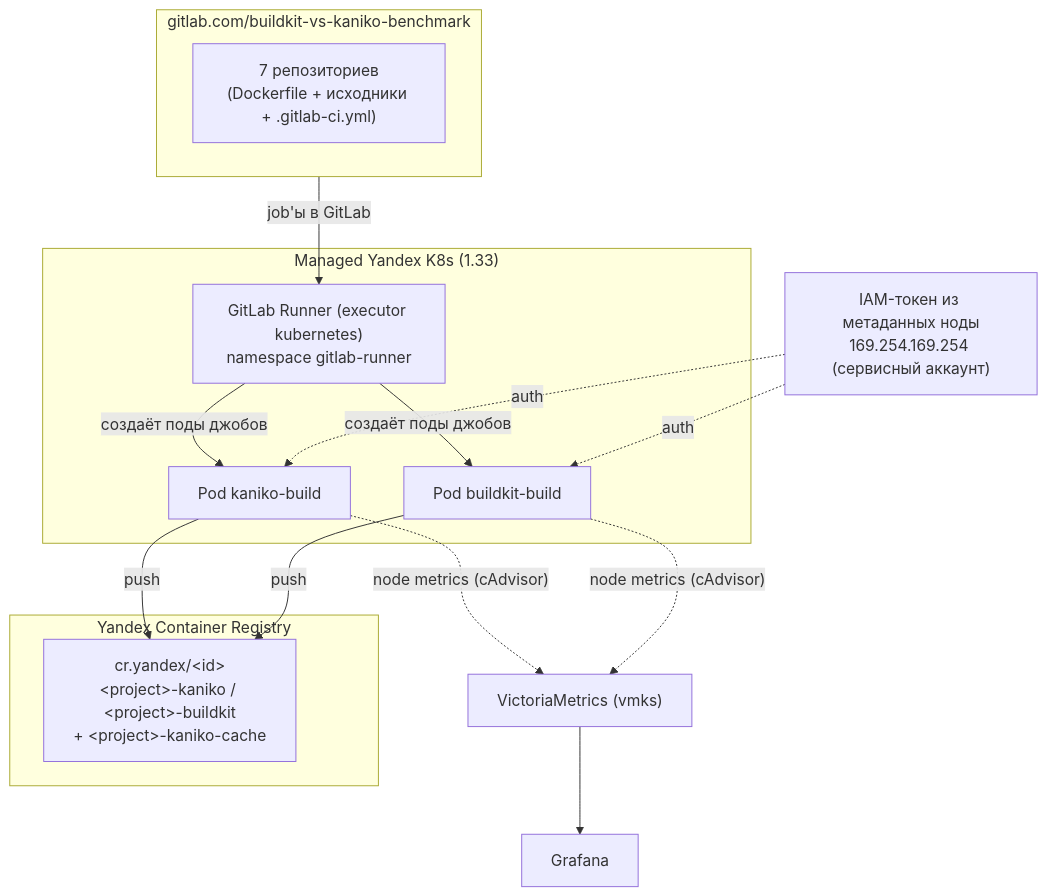
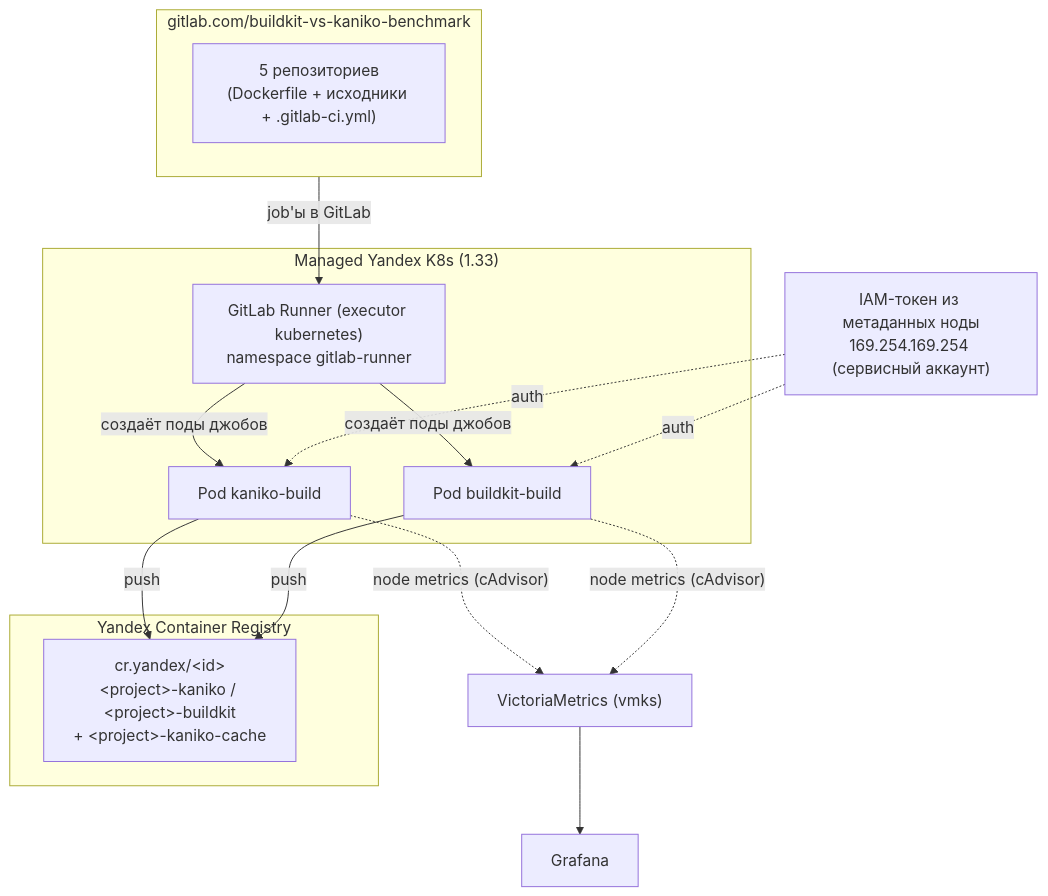
The diagram in README.md (patsevanton/buildkit-vs-kaniko-benchmark), drawn with Mermaid before and after one commit. The commit also changed other lines of this file and 5 other files, not shown here.

````diff
--- a/README.md
+++ b/README.md
@@ -46,31 +42,31 @@
 ```mermaid
 flowchart TB
     subgraph GL["gitlab.com/buildkit-vs-kaniko-benchmark"]
-        P1["7 репозиториев<br/>(Dockerfile + исходники + .gitlab-ci.yml)"]
+        P1["5 репозиториев<br/>(Dockerfile + исходники + .gitlab-ci.yml)"]
     end
 
     subgraph K8s["Managed Yandex K8s (1.33)"]
         R["GitLab Runner (executor kubernetes)<br/>namespace gitlab-runner"]
         K["Pod kaniko-build"]
         B["Pod buildkit-build"]
         R -->|"создаёт поды джобов"| K
         R -->|"создаёт поды джобов"| B
     end
 
     subgraph YCR["Yandex Container Registry"]
         REG["cr.yandex/&lt;id&gt;<br/>&lt;project&gt;-kaniko / &lt;project&gt;-buildkit<br/>+ &lt;project&gt;-kaniko-cache"]
     end
 
     MET["IAM-токен из метаданных ноды<br/>169.254.169.254 (сервисный аккаунт)"]
     VM["VictoriaMetrics (vmks)"]
     G["Grafana"]
 
     GL -->|"job'ы в GitLab"| R
     K -->|"push"| REG
     B -->|"push"| REG
     MET -.->|"auth"| K
     MET -.->|"auth"| B
     K -.->|"node metrics (cAdvisor)"| VM
     B -.->|"node metrics (cAdvisor)"| VM
     VM --> G
 ```
````
